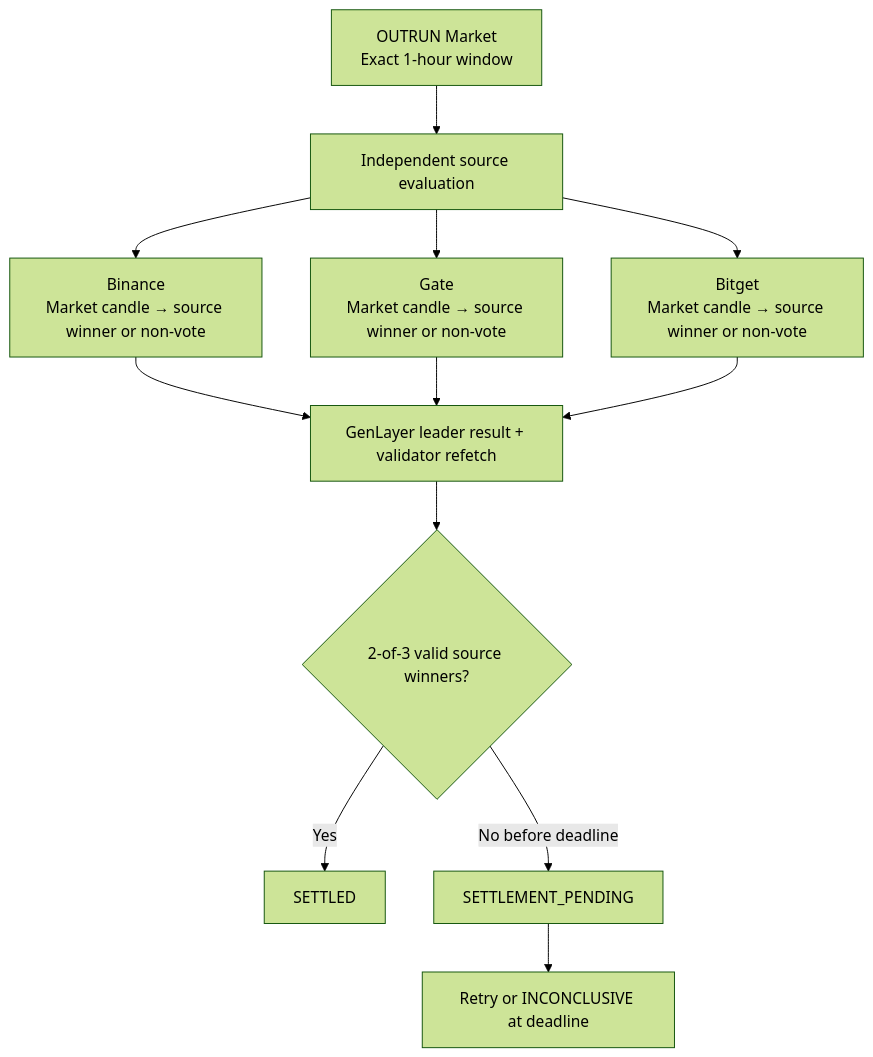
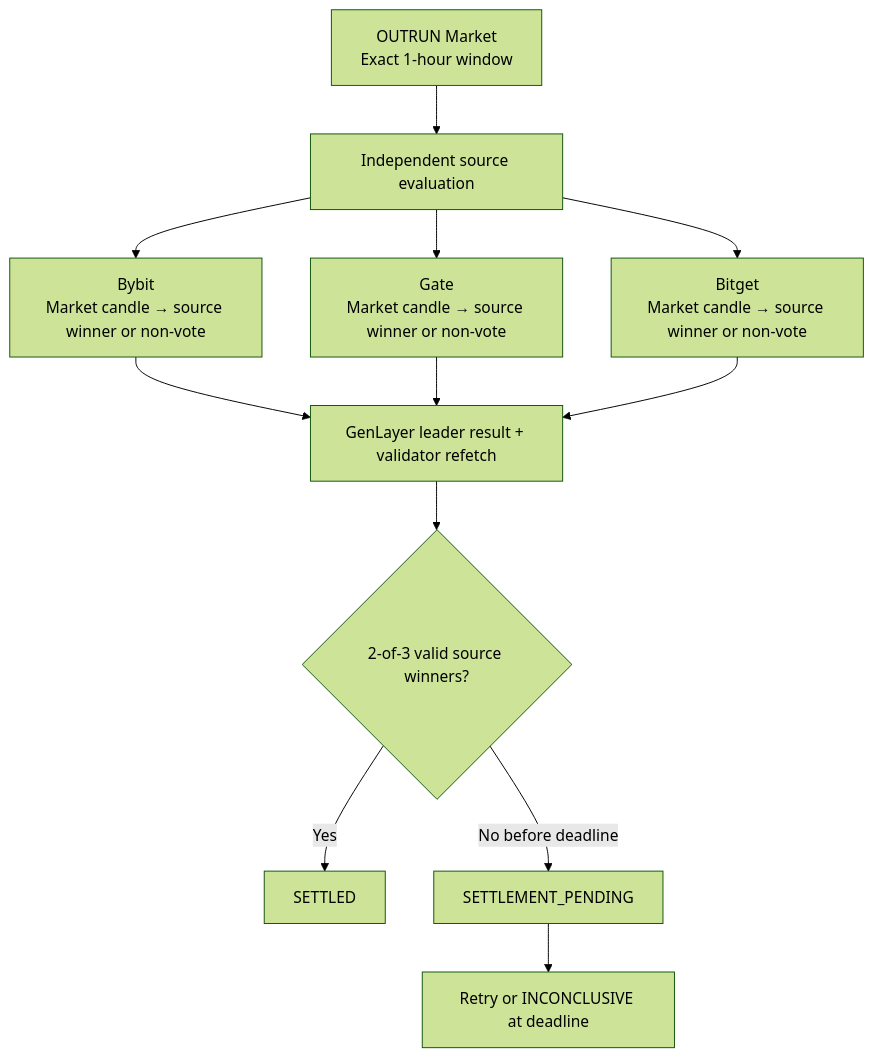
The second of 2 diagrams in README.md (jason4185/outrun), drawn with Mermaid (forest theme) before and after one commit. The commit also changed other lines of this file and 7 other files, not shown here.

````diff
--- a/README.md
+++ b/README.md
@@ -132,14 +132,14 @@
 ```mermaid
 flowchart TD
     A[OUTRUN Market<br/>Exact 1-hour window] --> B[Independent source evaluation]
-    B --> C[Binance<br/>Market candle → source winner or non-vote]
+    B --> C[Bybit<br/>Market candle → source winner or non-vote]
     B --> D[Gate<br/>Market candle → source winner or non-vote]
     B --> E[Bitget<br/>Market candle → source winner or non-vote]
     C --> F[GenLayer leader result + validator refetch]
     D --> F
     E --> F
     F --> G{2-of-3 valid source winners?}
     G -->|Yes| H[SETTLED]
     G -->|No before deadline| I[SETTLEMENT_PENDING]
     I --> J[Retry or INCONCLUSIVE at deadline]
 ```
````
